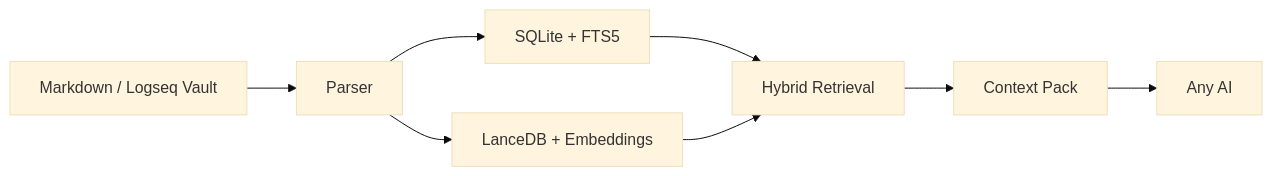
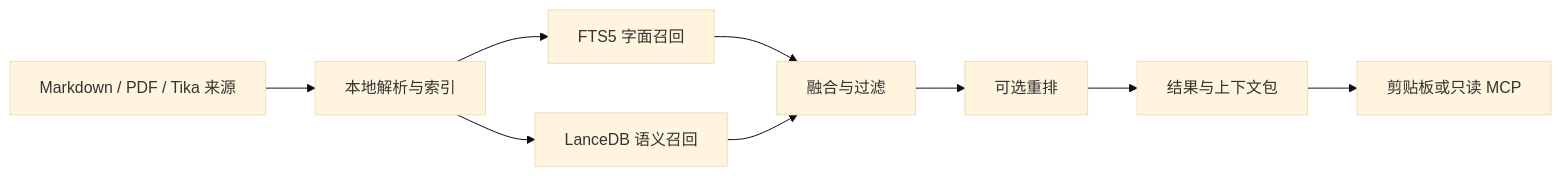
One commit to msjsc001/OmniClip-RAG changed the diagram in README.zh-CN.md. Above: the diagram before and after it, drawn with Mermaid (base theme). The commit also changed other lines of this file and 1 other file, not shown here.

````diff
--- a/README.zh-CN.md
+++ b/README.zh-CN.md
@@ -339,10 +88,11 @@
 ```mermaid
 flowchart LR
-    A["Markdown / Logseq Vault"] --> B["Parser"]
-    B --> C["SQLite + FTS5"]
-    B --> D["LanceDB + Embeddings"]
-    C --> E["Hybrid Retrieval"]
+    A["Markdown / PDF / Tika 来源"] --> B["本地解析与索引"]
+    B --> C["FTS5 字面召回"]
+    B --> D["LanceDB 语义召回"]
+    C --> E["融合与过滤"]
     D --> E
-    E --> F["Context Pack"]
-    F --> G["Any AI"]
+    E --> F["可选重排"]
+    F --> G["结果与上下文包"]
+    G --> H["剪贴板或只读 MCP"]
 ```
````
